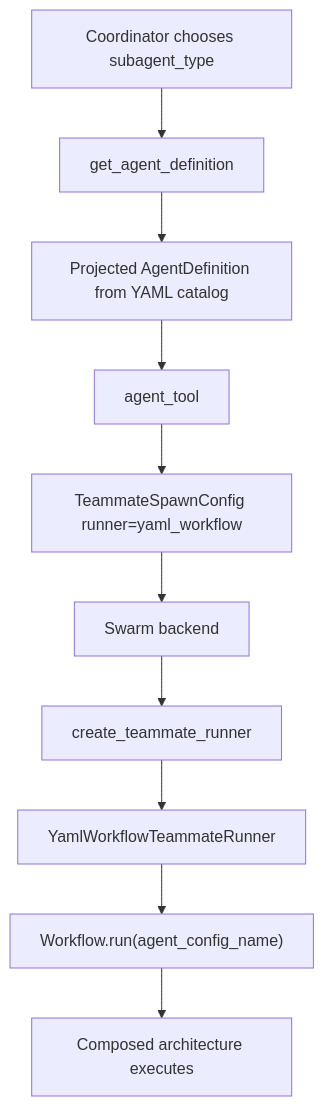
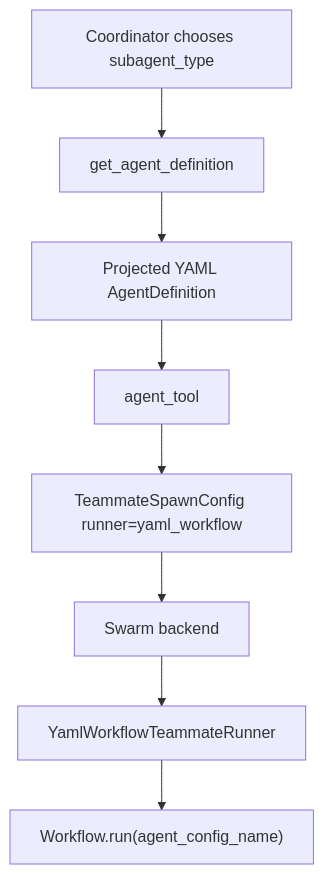
Before and after one commit to pierg/OpenHarness: the third of 4 diagrams in docs/agent-system.md, drawn with Mermaid. The commit also changed other lines of this file and 48 other files, not shown here.

````diff
--- a/docs/agent-system.md
+++ b/docs/agent-system.md
@@ -392,12 +331,10 @@
 ```mermaid
 flowchart TD
     A["Coordinator chooses subagent_type"] --> B["get_agent_definition"]
-    B --> C["Projected AgentDefinition from YAML catalog"]
+    B --> C["Projected YAML AgentDefinition"]
     C --> D["agent_tool"]
     D --> E["TeammateSpawnConfig runner=yaml_workflow"]
     E --> F["Swarm backend"]
-    F --> G["create_teammate_runner"]
-    G --> H["YamlWorkflowTeammateRunner"]
-    H --> I["Workflow.run(agent_config_name)"]
-    I --> J["Composed architecture executes"]
+    F --> G["YamlWorkflowTeammateRunner"]
+    G --> H["Workflow.run(agent_config_name)"]
 ```
````
